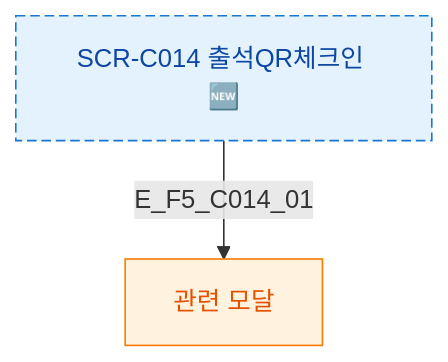
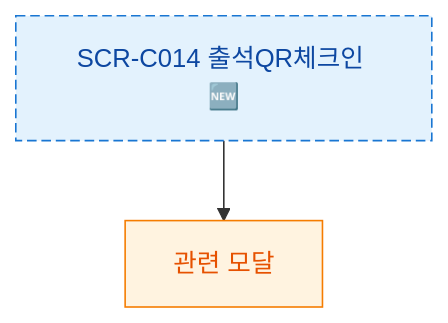
One commit to dev-spogym/admin-pando changed the diagram in docs/다이어그램/D04_수업관리/SCR-C014_출석QR체크인/F5_모달트리거.md. Above: the diagram before and after it, drawn with Mermaid. The commit also changed other lines of this file and 1660 other files, not shown here.

First line of the commit message:
다이어그램: 기획자/클라이언트 납품본으로 정리

````diff
--- a/docs/다이어그램/D04_수업관리/SCR-C014_출석QR체크인/F5_모달트리거.md
+++ b/docs/다이어그램/D04_수업관리/SCR-C014_출석QR체크인/F5_모달트리거.md
@@ -20,11 +18,11 @@
 ```mermaid
 flowchart TD
   SCR_NODE[SCR-C014 출석QR체크인 🆕]
-  SCR_NODE -->|E_F5_C014_01| DLG[관련 모달]
+  SCR_NODE --> DLG[관련 모달]
   classDef screen fill:#E3F2FD,stroke:#1976D2,color:#0D47A1
   classDef modal fill:#FFF3E0,stroke:#F57C00,color:#E65100
   classDef newFeature fill:#F3E5F5,stroke:#7B1FA2,color:#4A148C,stroke-dasharray:6 3
   class SCR_NODE newFeature
   class SCR_NODE screen
   class DLG modal
 ```
````
